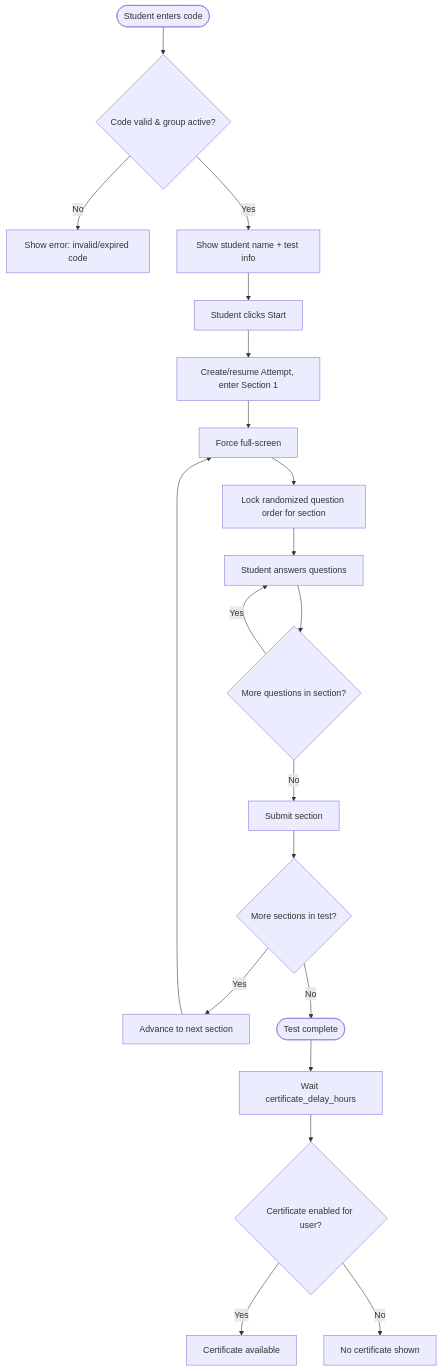
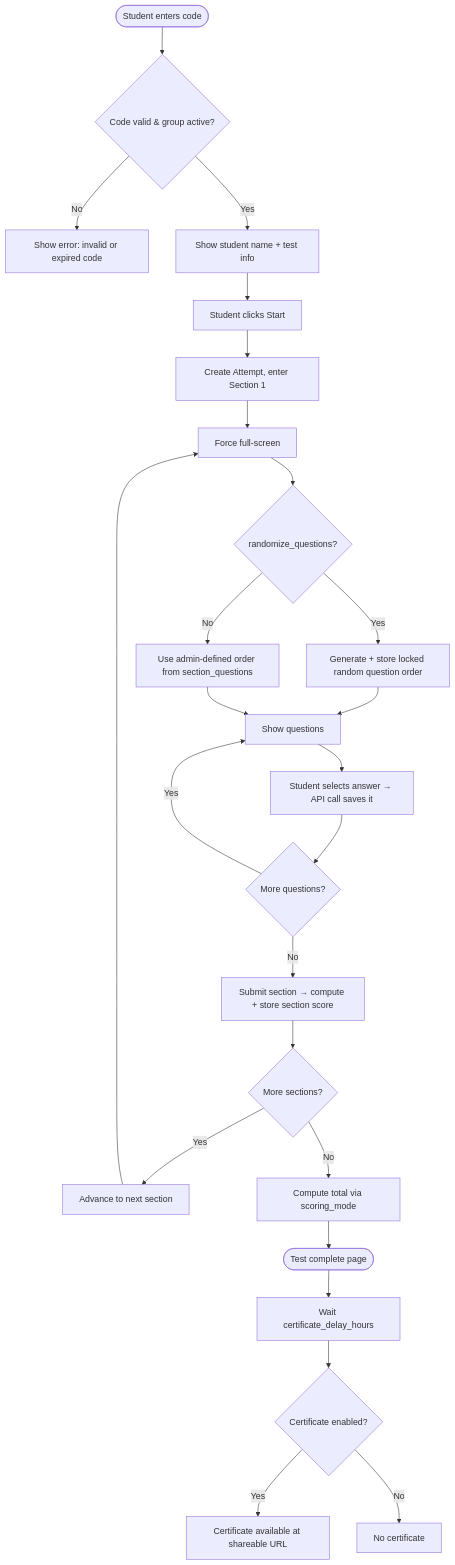
The second of 6 diagrams in docs/flow.md (bawas07/test-platform), drawn with Mermaid before and after one commit. The commit also changed other lines of this file, not shown here.

First line of the commit message:
Revise flow documentation for clarity and structure

````diff
--- a/docs/flow.md
+++ b/docs/flow.md
@@ -47,22 +47,27 @@
 ```mermaid
 flowchart TD
     Start([Student enters code]) --> Valid{Code valid & group active?}
-    Valid -->|No| Error[Show error: invalid/expired code]
+    Valid -->|No| Error[Show error: invalid or expired code]
     Valid -->|Yes| ShowInfo[Show student name + test info]
     ShowInfo --> Click[Student clicks Start]
-    Click --> CreateAttempt[Create/resume Attempt, enter Section 1]
+    Click --> CreateAttempt[Create Attempt, enter Section 1]
     CreateAttempt --> Fullscreen[Force full-screen]
-    Fullscreen --> LockOrder[Lock randomized question order for section]
-    LockOrder --> Answer[Student answers questions]
-    Answer --> MoreQ{More questions in section?}
-    MoreQ -->|Yes| Answer
-    MoreQ -->|No| SectionSubmit[Submit section]
-    SectionSubmit --> MoreSections{More sections in test?}
+    Fullscreen --> RandomizeCheck{randomize_questions?}
+    RandomizeCheck -->|Yes| GenOrder[Generate + store locked random question order]
+    RandomizeCheck -->|No| UseOrder[Use admin-defined order from section_questions]
+    GenOrder --> ShowQ[Show questions]
+    UseOrder --> ShowQ
+    ShowQ --> Answer[Student selects answer → API call saves it]
+    Answer --> MoreQ{More questions?}
+    MoreQ -->|Yes| ShowQ
+    MoreQ -->|No| SectionSubmit[Submit section → compute + store section score]
+    SectionSubmit --> MoreSections{More sections?}
     MoreSections -->|Yes| NextSection[Advance to next section]
     NextSection --> Fullscreen
-    MoreSections -->|No| Done([Test complete])
+    MoreSections -->|No| ComputeTotal[Compute total via scoring_mode]
+    ComputeTotal --> Done([Test complete page])
     Done --> WaitCert[Wait certificate_delay_hours]
-    WaitCert --> CertReady{Certificate enabled for user?}
-    CertReady -->|Yes| ShowCert[Certificate available]
-    CertReady -->|No| NoCert[No certificate shown]
+    WaitCert --> CertCheck{Certificate enabled?}
+    CertCheck -->|Yes| ShowCert[Certificate available at shareable URL]
+    CertCheck -->|No| NoCert[No certificate]
 ```
````
